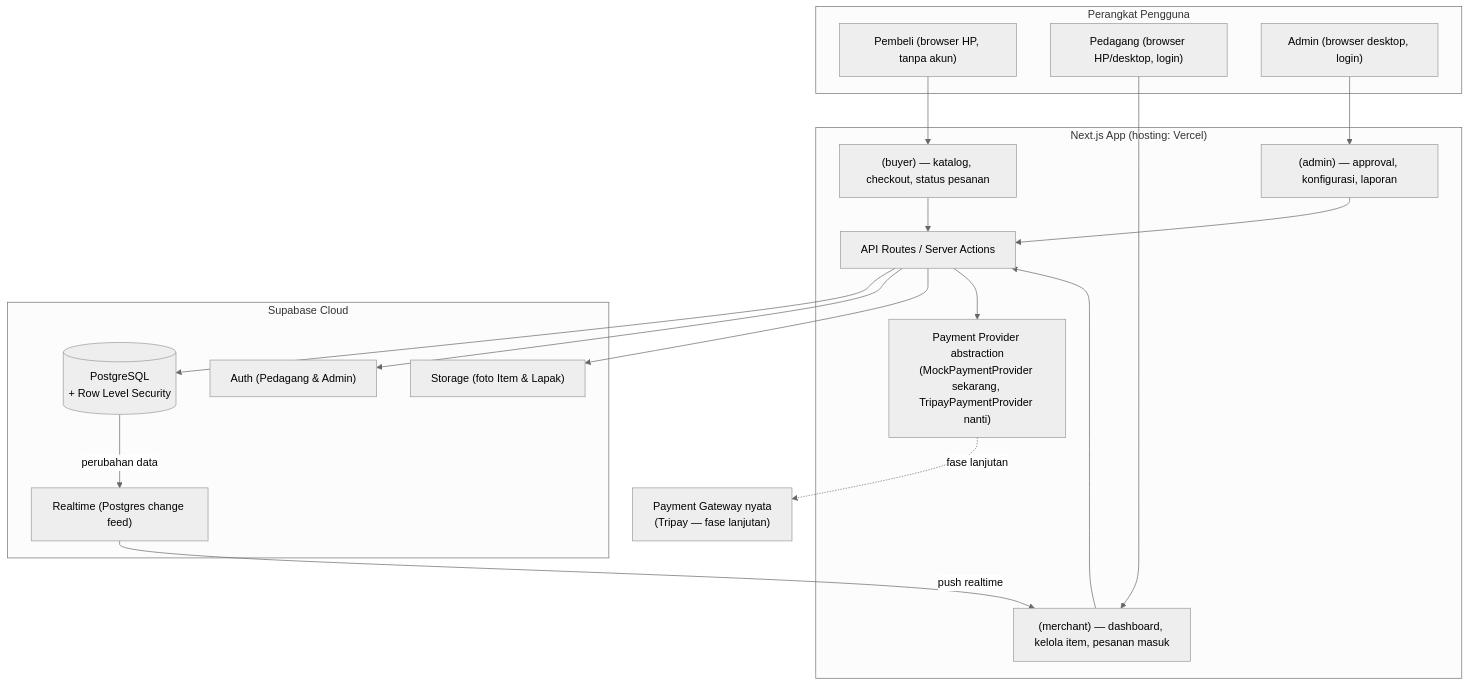
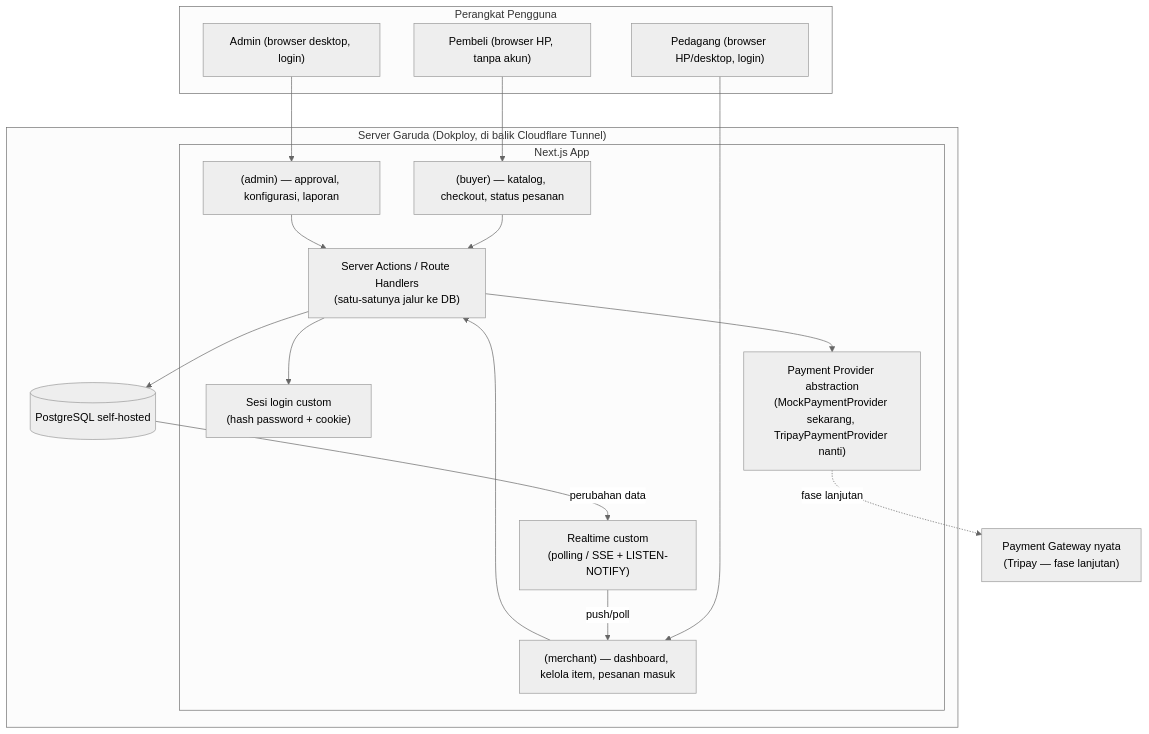
Before and after one commit to WeirdoKitten/My-Gerai: the diagram in docs/ARSITEKTUR-SISTEM.md, drawn with Mermaid (neutral theme). The commit also changed other lines of this file and 58 other files, not shown here.

````diff
--- a/docs/ARSITEKTUR-SISTEM.md
+++ b/docs/ARSITEKTUR-SISTEM.md
@@ -7,36 +7,33 @@
 ```mermaid
 flowchart TB
     subgraph Client["Perangkat Pengguna"]
         Buyer["Pembeli (browser HP, tanpa akun)"]
         Merchant["Pedagang (browser HP/desktop, login)"]
         Admin["Admin (browser desktop, login)"]
     end
 
-    subgraph App["Next.js App (hosting: Vercel)"]
-        BuyerRoutes["(buyer) — katalog, checkout, status pesanan"]
-        MerchantRoutes["(merchant) — dashboard, kelola item, pesanan masuk"]
-        AdminRoutes["(admin) — approval, konfigurasi, laporan"]
-        API["API Routes / Server Actions"]
-        PP["Payment Provider abstraction\n(MockPaymentProvider sekarang, TripayPaymentProvider nanti)"]
-    end
-
-    subgraph Supabase["Supabase Cloud"]
-        DB[("PostgreSQL\n+ Row Level Security")]
-        RT["Realtime (Postgres change feed)"]
-        Auth["Auth (Pedagang & Admin)"]
-        Storage["Storage (foto Item & Lapak)"]
+    subgraph Server["Server Garuda (Dokploy, di balik Cloudflare Tunnel)"]
+        subgraph App["Next.js App"]
+            BuyerRoutes["(buyer) — katalog, checkout, status pesanan"]
+            MerchantRoutes["(merchant) — dashboard, kelola item, pesanan masuk"]
+            AdminRoutes["(admin) — approval, konfigurasi, laporan"]
+            API["Server Actions / Route Handlers\n(satu-satunya jalur ke DB)"]
+            AuthCustom["Sesi login custom\n(hash password + cookie)"]
+            RTCustom["Realtime custom\n(polling / SSE + LISTEN-NOTIFY)"]
+            PP["Payment Provider abstraction\n(MockPaymentProvider sekarang, TripayPaymentProvider nanti)"]
+        end
+        DB[("PostgreSQL self-hosted")]
     end
 
     Gateway["Payment Gateway nyata\n(Tripay — fase lanjutan)"]
 
     Buyer --> BuyerRoutes --> API
     Merchant --> MerchantRoutes --> API
     Admin --> AdminRoutes --> API
+    API --> AuthCustom
     API --> DB
-    API --> Auth
-    API --> Storage
     API --> PP
     PP -.fase lanjutan.-> Gateway
-    DB -- perubahan data --> RT
-    RT -- push realtime --> MerchantRoutes
+    DB -- perubahan data --> RTCustom
+    RTCustom -- push/poll --> MerchantRoutes
 ```
````
